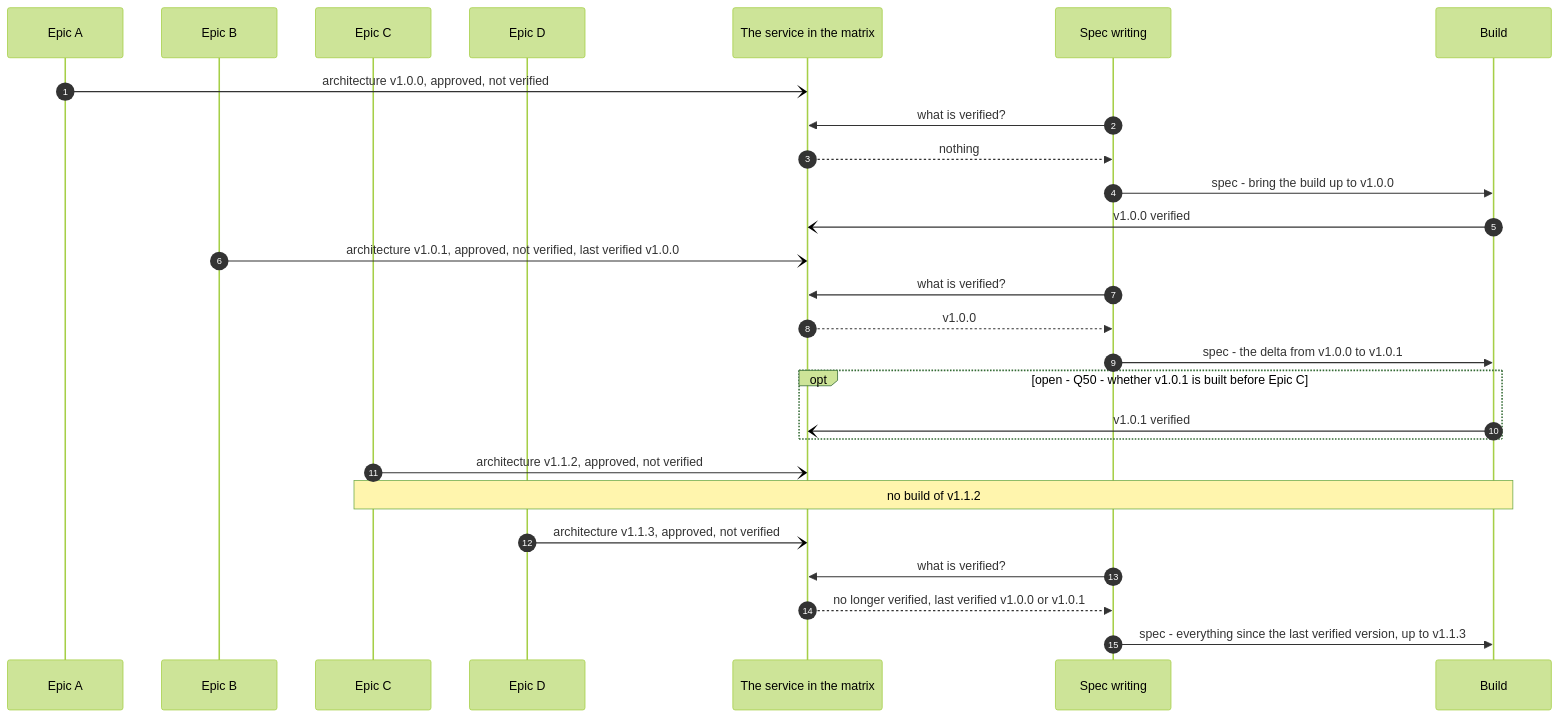
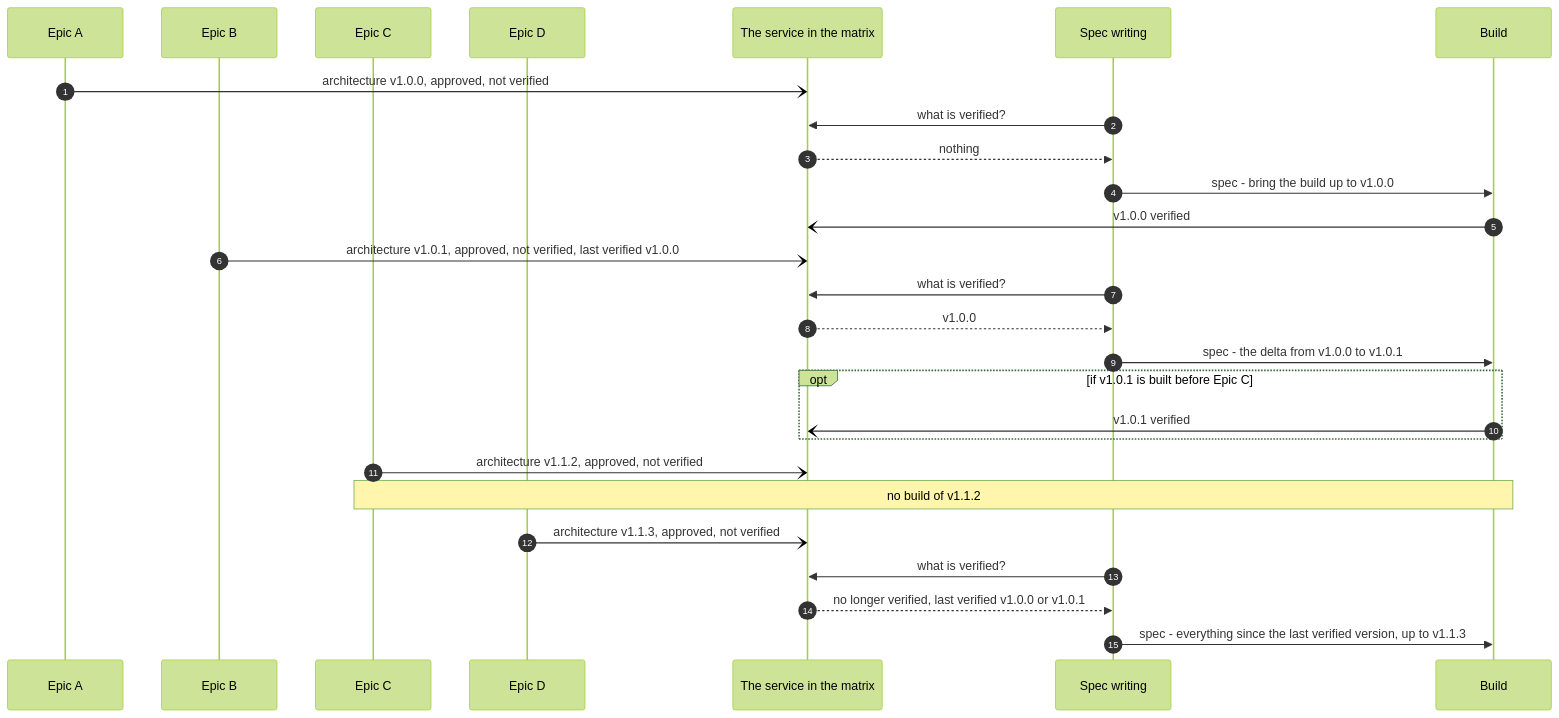
Before and after one commit to mark-satterfield/toolset: the fifth of 5 diagrams in plugins/agent-teams-workforce/blueprint/design/pipelines-architecture-states.md, drawn with Mermaid (forest theme). The commit also changed other lines of this file and 2 other files, not shown here.

````diff
--- a/plugins/agent-teams-workforce/blueprint/design/pipelines-architecture-states.md
+++ b/plugins/agent-teams-workforce/blueprint/design/pipelines-architecture-states.md
@@ -226,30 +229,30 @@
 ```mermaid
 sequenceDiagram
     autonumber
     participant A as Epic A
     participant B as Epic B
     participant C as Epic C
     participant D as Epic D
     participant SVC as The service in the matrix
     participant SP as Spec writing
     participant BU as Build
 
     A-)SVC: architecture v1.0.0, approved, not verified
     SP->>SVC: what is verified?
     SVC-->>SP: nothing
     SP->>BU: spec - bring the build up to v1.0.0
     BU-)SVC: v1.0.0 verified
     B-)SVC: architecture v1.0.1, approved, not verified, last verified v1.0.0
     SP->>SVC: what is verified?
     SVC-->>SP: v1.0.0
     SP->>BU: spec - the delta from v1.0.0 to v1.0.1
-    opt open - Q50 - whether v1.0.1 is built before Epic C
+    opt if v1.0.1 is built before Epic C
         BU-)SVC: v1.0.1 verified
     end
     C-)SVC: architecture v1.1.2, approved, not verified
     Note over C,BU: no build of v1.1.2
     D-)SVC: architecture v1.1.3, approved, not verified
     SP->>SVC: what is verified?
     SVC-->>SP: no longer verified, last verified v1.0.0 or v1.0.1
     SP->>BU: spec - everything since the last verified version, up to v1.1.3
 ```
````
